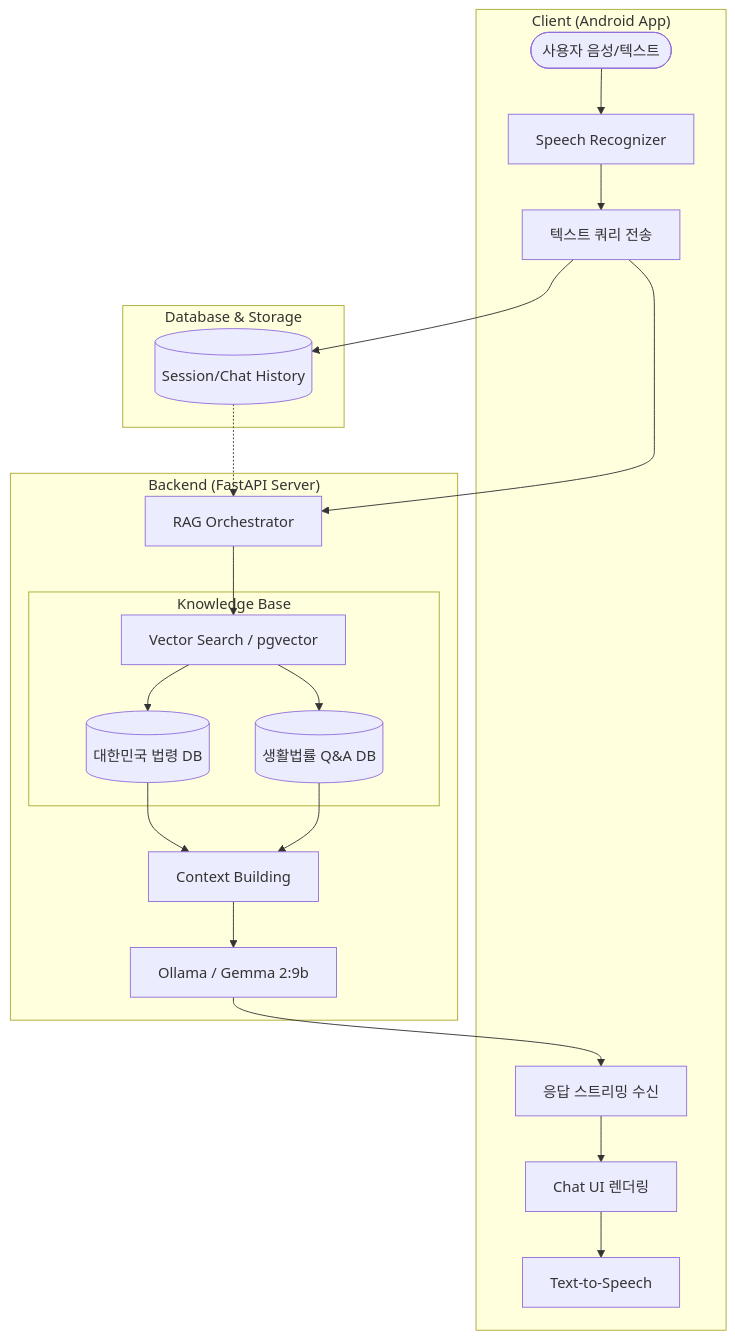
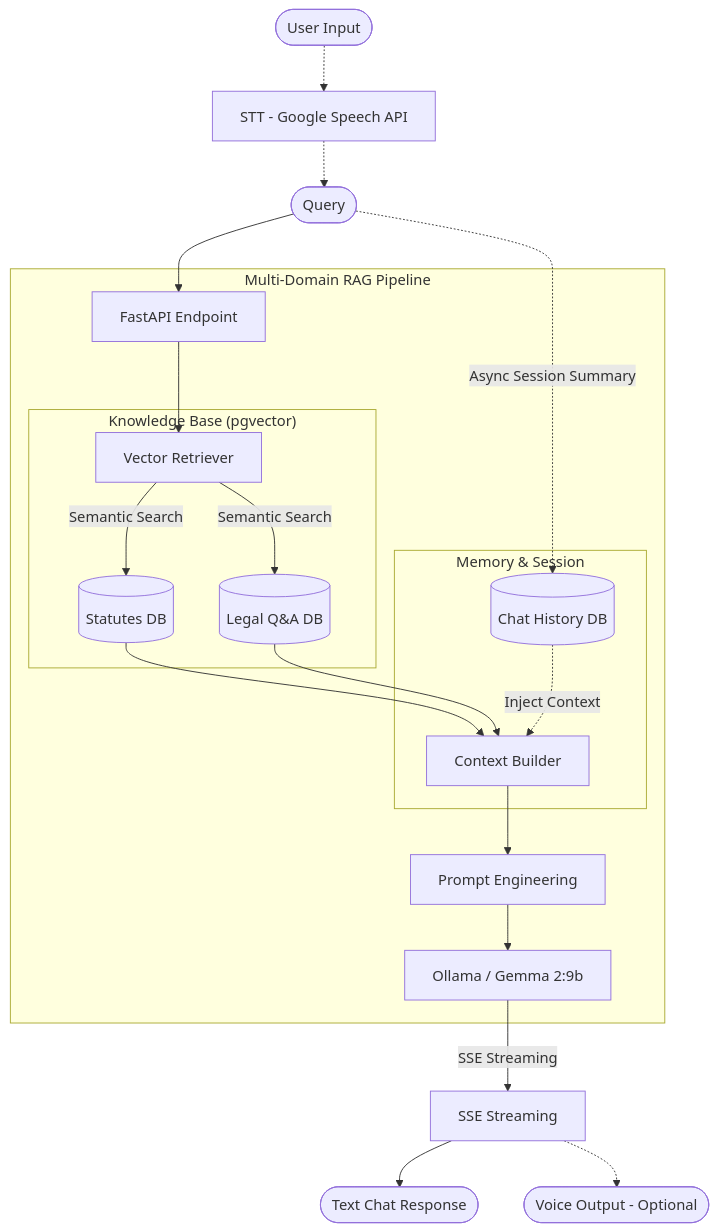
Before and after one commit to EalZz/voice-chatbot-toy: the diagram in README.md, drawn with Mermaid. The commit also changed other lines of this file, not shown here.

Commit message:
Restore latest README with 4-column app preview

````diff
--- a/README.md
+++ b/README.md
@@ -15,28 +24,29 @@
 ```mermaid
-graph TD
-    subgraph "Client (Android App)"
-        User([사용자 음성/텍스트]) --> SR[Speech Recognizer]
-        SR --> Message[텍스트 쿼리 전송]
-        Stream[응답 스트리밍 수신] --> UI[Chat UI 렌더링]
-        UI --> TTS[Text-to-Speech]
-    end
+flowchart TD
+    User([User Input]) -.-> STT[STT - Google Speech API]
+    STT -.-> Query([Query])
+    Query --> API[FastAPI Endpoint]
 
-    subgraph "Backend (FastAPI Server)"
-        Message --> RAG_Orch[RAG Orchestrator]
-        RAG_Orch --> Vector_Search[Vector Search / pgvector]
+    subgraph "Multi-Domain RAG Pipeline"
+        API --> Retriever[Vector Retriever]
         
-        subgraph "Knowledge Base"
-            Vector_Search --> Statutes[(대한민국 법령 DB)]
-            Vector_Search --> QA[(생활법률 Q&A DB)]
+        subgraph "Knowledge Base (pgvector)"
+            Retriever -- "Semantic Search" --> DB_Law[(Statutes DB)]
+            Retriever -- "Semantic Search" --> DB_QA[(Legal Q&A DB)]
         end
         
-        Statutes & QA --> Context[Context Building]
-        Context --> LLM[Ollama / Gemma 2:9b]
-        LLM --> Stream
+        DB_Law & DB_QA --> Builder[Context Builder]
+        
+        subgraph "Memory & Session"
+            History[(Chat History DB)] -. "Inject Context" .-> Builder
+        end
+        
+        Builder --> Prompt[Prompt Engineering]
+        Prompt --> LLM[Ollama / Gemma 2:9b]
     end
     
-    subgraph "Database & Storage"
-        Message --> History[(Session/Chat History)]
-        History -.-> RAG_Orch
-    end
+    LLM -- "SSE Streaming" --> SSE[SSE Streaming]
+    SSE --> Response([Text Chat Response])
+    SSE -.-> Response_Voice([Voice Output - Optional])
+    Query -. "Async Session Summary" .-> History
 ```
````
